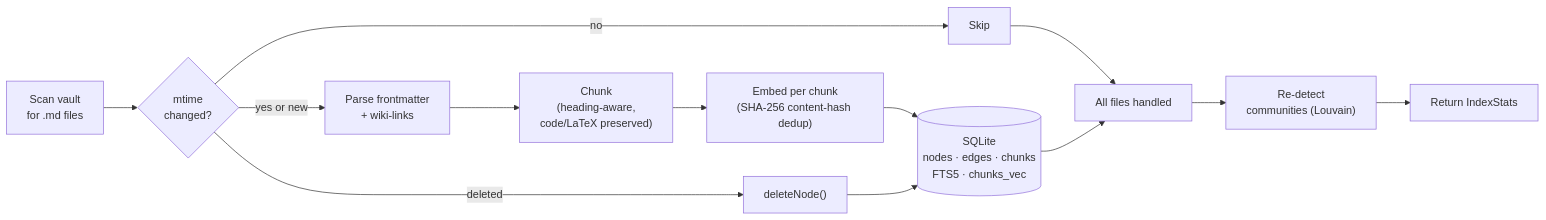
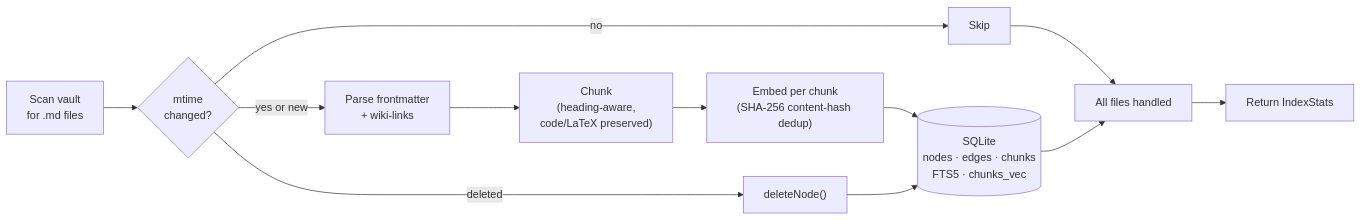
The second of 2 diagrams in docs/architecture.md (martijnarts/obsidian-brain), drawn with Mermaid before and after one commit. The commit also changed other lines of this file and 49 other files, not shown here.

First line of the commit message:
Delete Louvain community detection and the detect_themes tool (#18)

````diff
--- a/docs/architecture.md
+++ b/docs/architecture.md
@@ -37,15 +37,14 @@
 ```mermaid
 flowchart LR
     Scan["Scan vault<br/>for .md files"] --> Diff{"mtime<br/>changed?"}
     Diff -->|"yes or new"| Parse["Parse frontmatter<br/>+ wiki-links"]
     Diff -->|"no"| Skip[Skip]
     Diff -->|"deleted"| Remove["deleteNode()"]
     Parse --> Chunk["Chunk<br/>(heading-aware,<br/>code/LaTeX preserved)"]
     Chunk --> Embed["Embed per chunk<br/>(SHA-256 content-hash dedup)"]
     Embed --> Store[("SQLite<br/>nodes · edges · chunks<br/>FTS5 · chunks_vec")]
     Remove --> Store
     Skip --> Done
     Store --> Done
-    Done["All files handled"] --> Comm["Re-detect<br/>communities (Louvain)"]
-    Comm --> Stats["Return IndexStats"]
+    Done["All files handled"] --> Stats["Return IndexStats"]
 ```
````
